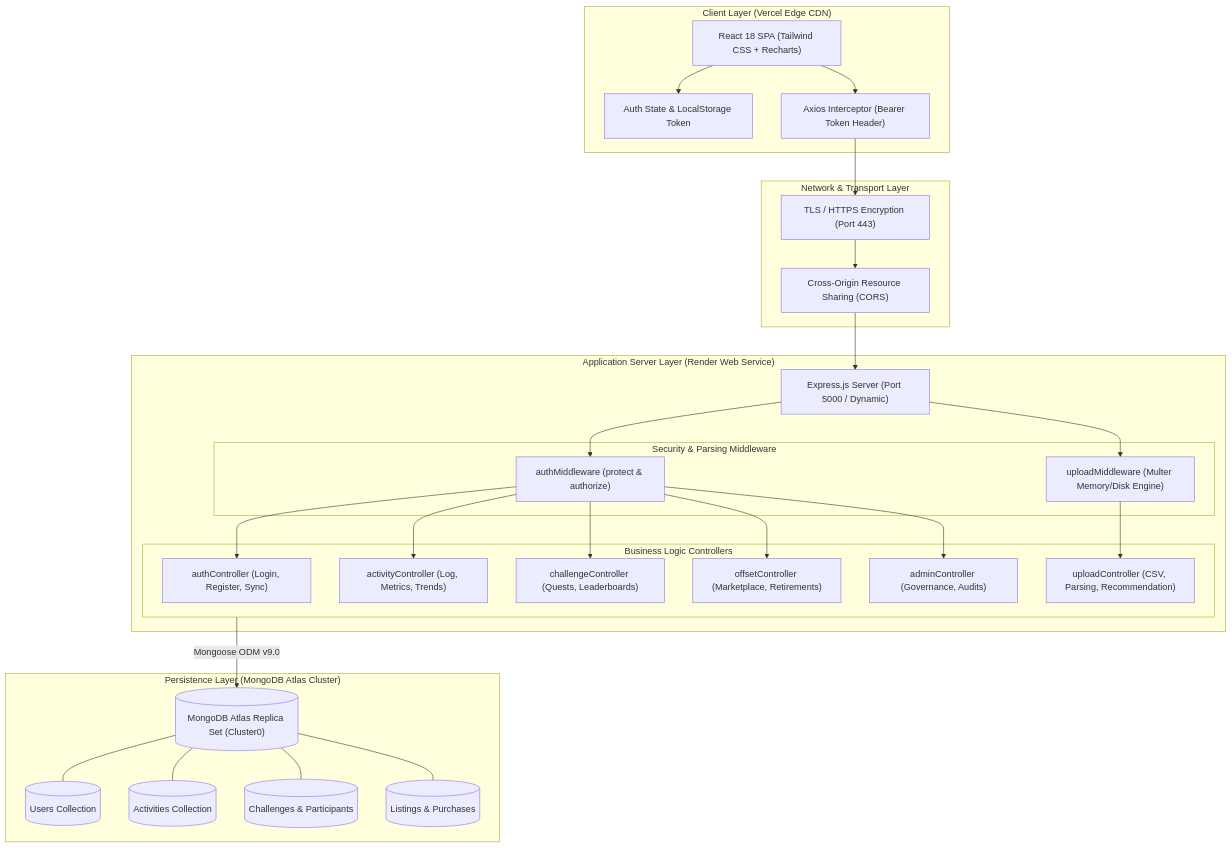
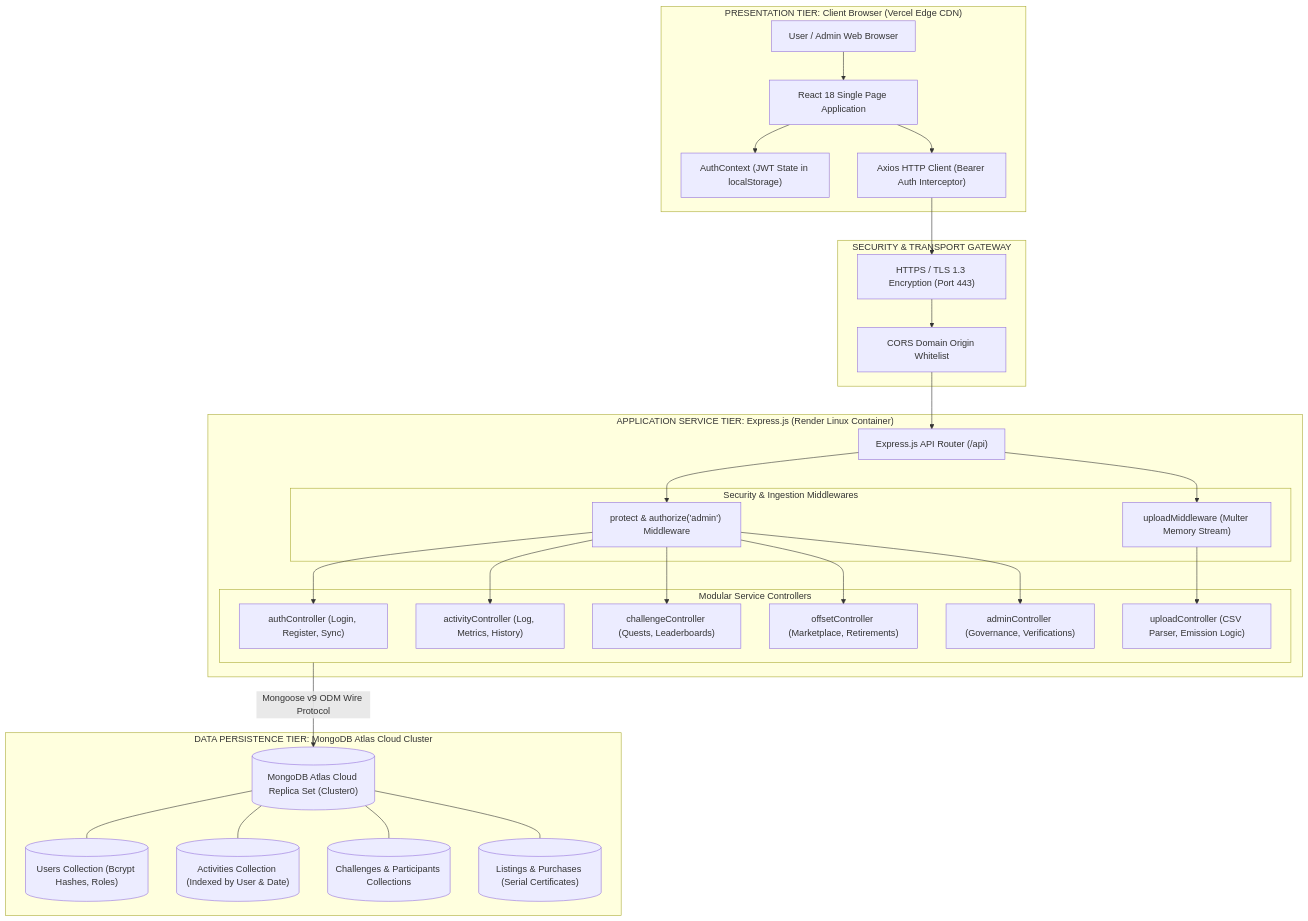
One commit to divakarpandey07/Carbon-Tracker changed the first of 6 diagrams in PROJECT_REPORT.md. Above: the diagram before and after it, drawn with Mermaid. The commit also changed other lines of this file, not shown here.

````diff
--- a/PROJECT_REPORT.md
+++ b/PROJECT_REPORT.md
@@ -133,61 +620,64 @@
 ```mermaid
 flowchart TD
-    subgraph ClientLayer["Client Layer (Vercel Edge CDN)"]
-        UI["React 18 SPA (Tailwind CSS + Recharts)"]
-        AuthContext["Auth State & LocalStorage Token"]
-        AxiosInterceptor["Axios Interceptor (Bearer Token Header)"]
-        UI --> AuthContext
-        UI --> AxiosInterceptor
+    subgraph ClientTier["PRESENTATION TIER: Client Browser (Vercel Edge CDN)"]
+        UserBrowser["User / Admin Web Browser"]
+        ReactApp["React 18 Single Page Application"]
+        AuthCtx["AuthContext (JWT State in localStorage)"]
+        AxiosClient["Axios HTTP Client (Bearer Auth Interceptor)"]
+        
+        UserBrowser --> ReactApp
+        ReactApp --> AuthCtx
+        ReactApp --> AxiosClient
     end
 
-    subgraph GatewayLayer["Network & Transport Layer"]
-        HTTPS["TLS / HTTPS Encryption (Port 443)"]
-        CORS["Cross-Origin Resource Sharing (CORS)"]
-        AxiosInterceptor --> HTTPS
-        HTTPS --> CORS
+    subgraph NetworkTier["SECURITY & TRANSPORT GATEWAY"]
+        TLS["HTTPS / TLS 1.3 Encryption (Port 443)"]
+        CORSPolicy["CORS Domain Origin Whitelist"]
+        AxiosClient --> TLS
+        TLS --> CORSPolicy
     end
 
-    subgraph ServerLayer["Application Server Layer (Render Web Service)"]
-        ExpressApp["Express.js Server (Port 5000 / Dynamic)"]
-        CORS --> ExpressApp
-        
-        subgraph Middlewares["Security & Parsing Middleware"]
-            AuthMiddleware["authMiddleware (protect & authorize)"]
-            UploadMiddleware["uploadMiddleware (Multer Memory/Disk Engine)"]
+    subgraph ServerTier["APPLICATION SERVICE TIER: Express.js (Render Linux Container)"]
+        Router["Express.js API Router (/api)"]
+        CORSPolicy --> Router
+
+        subgraph SecurityPillars["Security & Ingestion Middlewares"]
+            AuthGuard["protect & authorize('admin') Middleware"]
+            MulterStream["uploadMiddleware (Multer Memory Stream)"]
         end
-        
-        ExpressApp --> AuthMiddleware
-        ExpressApp --> UploadMiddleware
 
-        subgraph Controllers["Business Logic Controllers"]
+        Router --> AuthGuard
+        Router --> MulterStream
+
+        subgraph ServiceControllers["Modular Service Controllers"]
             AuthController["authController (Login, Register, Sync)"]
-            ActivityController["activityController (Log, Metrics, Trends)"]
-            UploadController["uploadController (CSV, Parsing, Recommendation)"]
+            ActivityController["activityController (Log, Metrics, History)"]
+            UploadController["uploadController (CSV Parser, Emission Logic)"]
             ChallengeController["challengeController (Quests, Leaderboards)"]
             OffsetController["offsetController (Marketplace, Retirements)"]
-            AdminController["adminController (Governance, Audits)"]
+            AdminController["adminController (Governance, Verifications)"]
         end
 
-        AuthMiddleware --> AuthController
-        AuthMiddleware --> ActivityController
-        UploadMiddleware --> UploadController
-        AuthMiddleware --> ChallengeController
-        AuthMiddleware --> OffsetController
-        AuthMiddleware --> AdminController
+        AuthGuard --> AuthController
+        AuthGuard --> ActivityController
+        MulterStream --> UploadController
+        AuthGuard --> ChallengeController
+        AuthGuard --> OffsetController
+        AuthGuard --> AdminController
     end
 
-    subgraph DataLayer["Persistence Layer (MongoDB Atlas Cluster)"]
-        MongoDB[("MongoDB Atlas Replica Set (Cluster0)")]
-        UserColl[("Users Collection")]
-        ActivityColl[("Activities Collection")]
-        ChallengeColl[("Challenges & Participants")]
-        OffsetColl[("Listings & Purchases")]
+    subgraph DataTier["DATA PERSISTENCE TIER: MongoDB Atlas Cloud Cluster"]
+        MongoCluster[("MongoDB Atlas Cloud Replica Set (Cluster0)")]
+        UsersCol[("Users Collection (Bcrypt Hashes, Roles)")]
+        ActivitiesCol[("Activities Collection (Indexed by User & Date)")]
+        ChallengesCol[("Challenges & Participants Collections")]
+        OffsetsCol[("Listings & Purchases (Serial Certificates)")]
 
-        MongoDB --- UserColl
-        MongoDB --- ActivityColl
-        MongoDB --- ChallengeColl
-        MongoDB --- OffsetColl
+        MongoCluster --- UsersCol
+        MongoCluster --- ActivitiesCol
+        MongoCluster --- ChallengesCol
+        MongoCluster --- OffsetsCol
     end
 
-    Controllers -->|Mongoose ODM v9.0| MongoDB
+    ServiceControllers -->|Mongoose v9 ODM Wire Protocol| MongoCluster
 ```
````
